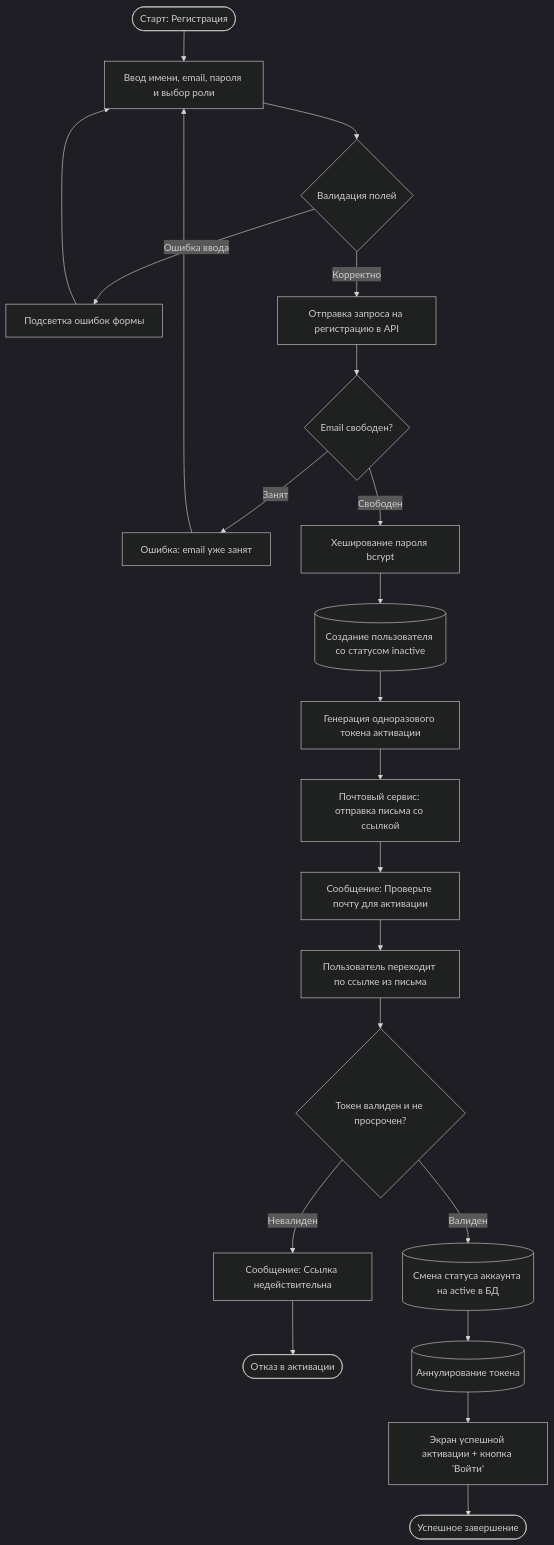
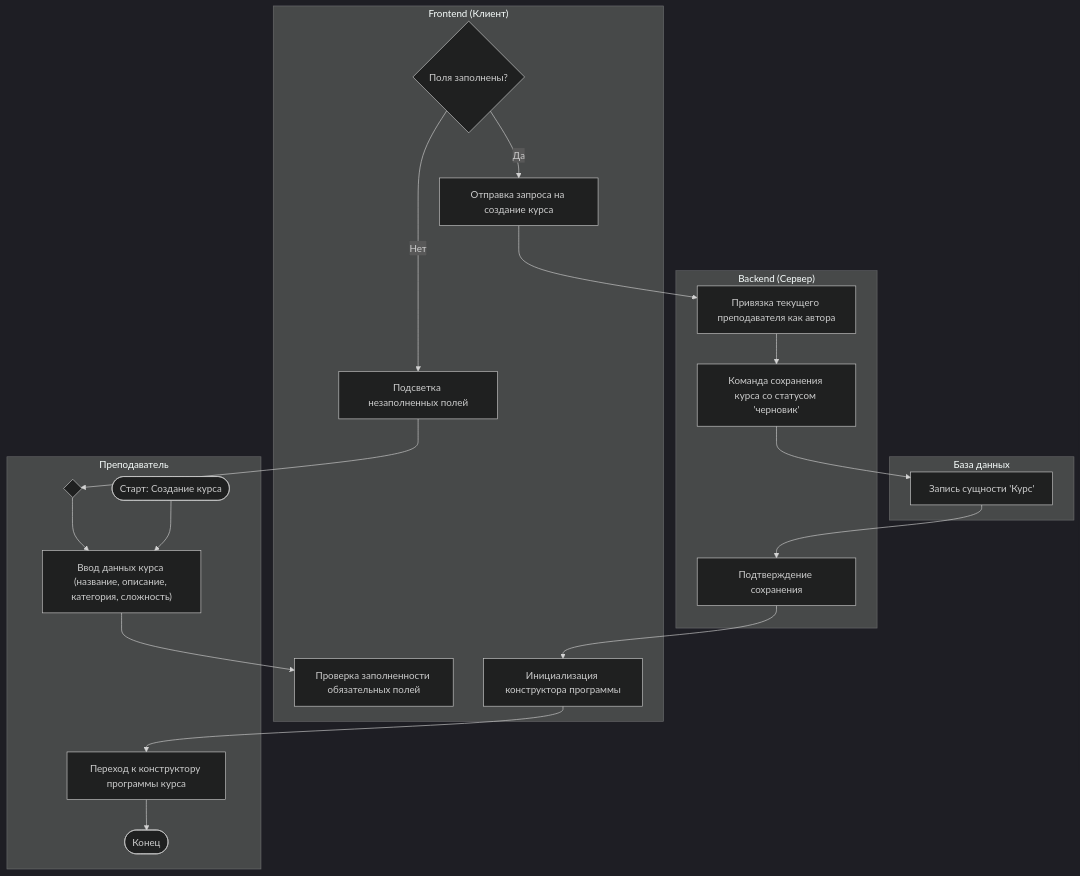
The sixth of 7 diagrams in projects/10/03-Системный аналитик/Сценарии.md (DrMozq/it-2026), drawn with Mermaid (dark theme) before and after one commit. The commit also changed other lines of this file and 4 other files, not shown here.

Commit message:
team 10: fix audit comments - remove English titles, shorten intros, Russian labels, UML notation, NFR cleanup

````diff
--- a/projects/10/03-Системный аналитик/Сценарии.md
+++ b/projects/10/03-Системный аналитик/Сценарии.md
@@ -171,31 +352,28 @@
 ```mermaid
 flowchart TD
-    Start(["Старт: Регистрация"]) --> InputData["Ввод имени, email, пароля и выбор роли"]
-    InputData --> ValidateClient{"Валидация полей"}
+    subgraph LaneTeacher ["Преподаватель"]
+        C_Start(["Старт: Создание курса"]) --> C_Input["Ввод данных курса (название, описание, категория, сложность)"]
+        C_Merge{" "} --> C_Input
+        C_Constructor["Переход к конструктору программы курса"] --> C_End(["Конец"])
+    end
 
-    ValidateClient -->|Ошибка ввода| ShowInputErr["Подсветка ошибок формы"]
-    ShowInputErr --> InputData
+    subgraph LaneFrontend ["Frontend (Клиент)"]
+        C_Input --> C_Val["Проверка заполненности обязательных полей"]
+        C_ValOk{"Поля заполнены?"}
+        C_ValOk -->|Нет| C_ErrUI["Подсветка незаполненных полей"]
+        C_ErrUI --> C_Merge
+        C_ValOk -->|Да| C_Send["Отправка запроса на создание курса"]
+        C_OpenBuilder["Инициализация конструктора программы"] --> C_Constructor
+    end
 
-    ValidateClient -->|Корректно| SendRegReq["Отправка запроса на регистрацию в API"]
-    SendRegReq --> CheckEmailExists{"Email свободен?"}
+    subgraph LaneBackend ["Backend (Сервер)"]
+        C_Send --> C_AttachAuthor["Привязка текущего преподавателя как автора"]
+        C_AttachAuthor --> C_DBCreate["Команда сохранения курса со статусом 'черновик'"]
+        C_Confirm["Подтверждение сохранения"] --> C_OpenBuilder
+    end
 
-    CheckEmailExists -->|Занят| ShowEmailErr["Ошибка: email уже занят"]
-    ShowEmailErr --> InputData
-
-    CheckEmailExists -->|Свободен| HashPass["Хеширование пароля bcrypt"]
-    HashPass --> CreateUser[("Создание пользователя со статусом inactive")]
-    CreateUser --> GenToken["Генерация одноразового токена активации"]
-    GenToken --> SendMail["Почтовый сервис: отправка письма со ссылкой"]
-    SendMail --> NoticeUser["Сообщение: Проверьте почту для активации"]
-
-    NoticeUser --> OpenLink["Пользователь переходит по ссылке из письма"]
-    OpenLink --> VerifyToken{"Токен валиден и не просрочен?"}
-
-    VerifyToken -->|Невалиден| TokenError["Сообщение: Ссылка недействительна"]
-    TokenError --> EndFail(["Отказ в активации"])
-
-    VerifyToken -->|Валиден| ActivateUser[("Смена статуса аккаунта на active в БД")]
-    ActivateUser --> InvalidateToken[("Аннулирование токена")]
-    InvalidateToken --> SuccessScreen["Экран успешной активации + кнопка 'Войти'"]
-    SuccessScreen --> EndSuccess(["Успешное завершение"])
+    subgraph LaneDB ["База данных"]
+        C_DBCreate --> C_Save["Запись сущности 'Курс'"]
+        C_Save --> C_Confirm
+    end
 ```
````
